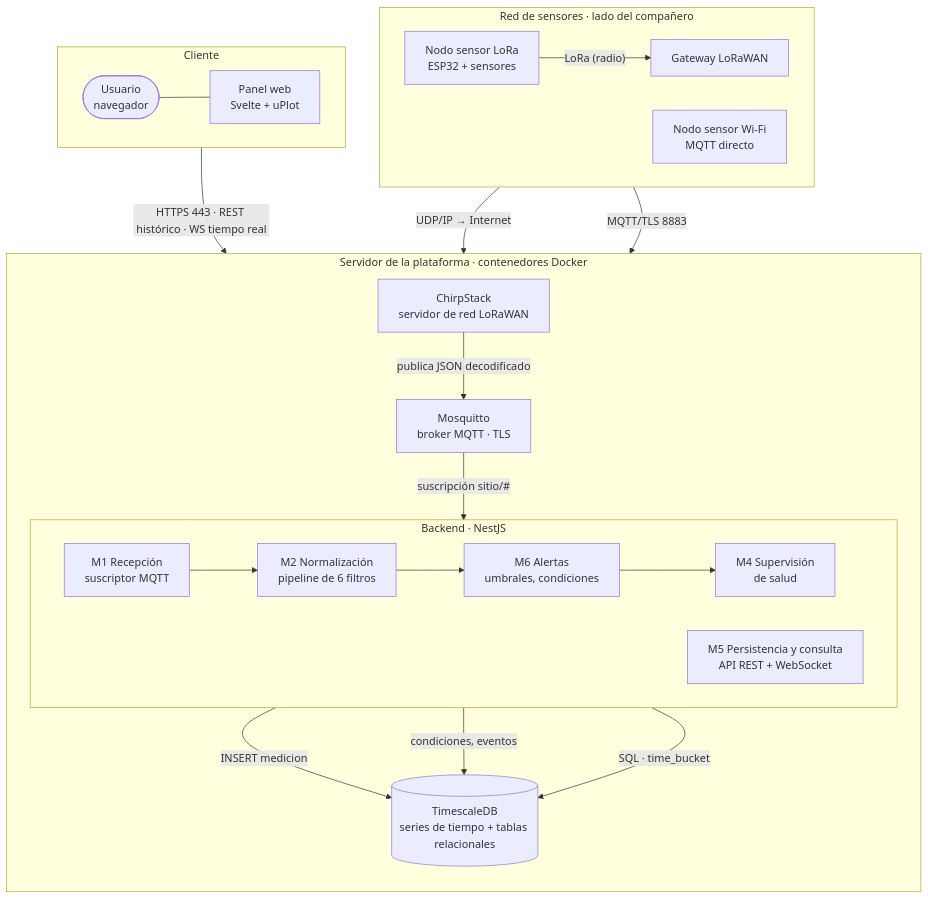
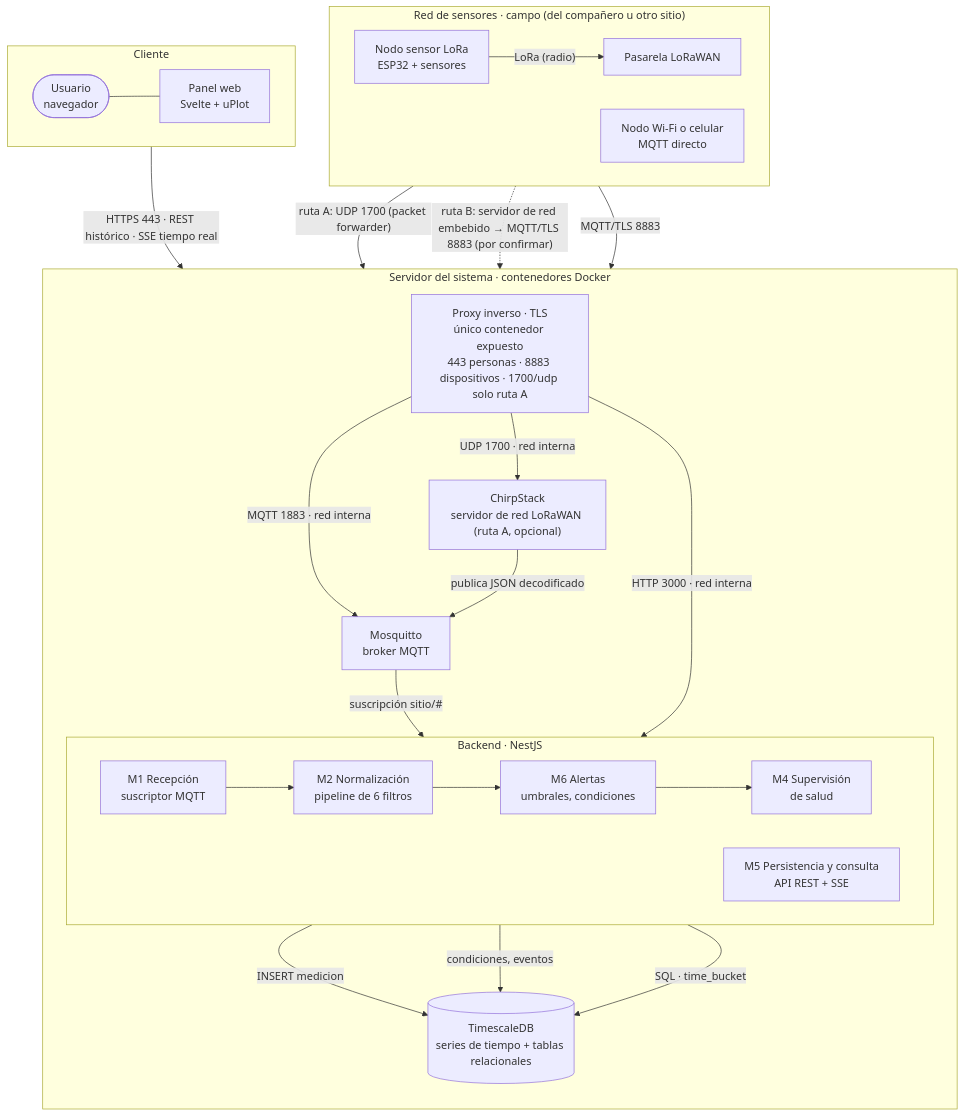
One commit to vicenterami/tesis changed the first of 6 diagrams in docs/10-arquitectura.md. Above: the diagram before and after it, drawn with Mermaid. The commit also changed other lines of this file and 8 other files, not shown here.

````diff
--- a/docs/10-arquitectura.md
+++ b/docs/10-arquitectura.md
@@ -23,35 +23,40 @@
 ```mermaid
 flowchart TB
-    subgraph RED["Red de sensores · lado del compañero"]
+    subgraph RED["Red de sensores · campo (del compañero u otro sitio)"]
         direction LR
-        N1["Nodo sensor LoRa<br/>ESP32 + sensores"] -- "LoRa (radio)" --> GW["Gateway LoRaWAN"]
-        N2["Nodo sensor Wi-Fi<br/>MQTT directo"]
+        N1["Nodo sensor LoRa<br/>ESP32 + sensores"] -- "LoRa (radio)" --> GW["Pasarela LoRaWAN"]
+        N2["Nodo Wi-Fi o celular<br/>MQTT directo"]
     end
 
-    subgraph SRV["Servidor de la plataforma · contenedores Docker"]
+    subgraph SRV["Servidor del sistema · contenedores Docker"]
         direction TB
-        CS["ChirpStack<br/>servidor de red LoRaWAN"]
-        MQ["Mosquitto<br/>broker MQTT · TLS"]
+        RP["Proxy inverso · TLS<br/>único contenedor expuesto<br/>443 personas · 8883 dispositivos · 1700/udp solo ruta A"]
+        CS["ChirpStack<br/>servidor de red LoRaWAN (ruta A, opcional)"]
+        MQ["Mosquitto<br/>broker MQTT"]
         subgraph BE["Backend · NestJS"]
             direction LR
             M1["M1 Recepción<br/>suscriptor MQTT"] --> M2["M2 Normalización<br/>pipeline de 6 filtros"]
             M2 --> M6["M6 Alertas<br/>umbrales, condiciones"] --> M4["M4 Supervisión<br/>de salud"]
-            M5["M5 Persistencia y consulta<br/>API REST + WebSocket"]
+            M5["M5 Persistencia y consulta<br/>API REST + SSE"]
         end
         DB[("TimescaleDB<br/>series de tiempo + tablas relacionales")]
     end
 
     subgraph CLI["Cliente"]
         direction LR
         U(["Usuario<br/>navegador"]) --- FE["Panel web<br/>Svelte + uPlot"]
     end
 
-    GW -- "UDP/IP → Internet" --> CS
+    GW -- "ruta A: UDP 1700 (packet forwarder)" --> RP
+    GW -. "ruta B: servidor de red embebido → MQTT/TLS 8883 (por confirmar)" .-> RP
+    N2 -- "MQTT/TLS 8883" --> RP
+    RP -- "UDP 1700 · red interna" --> CS
+    RP -- "MQTT 1883 · red interna" --> MQ
     CS -- "publica JSON decodificado" --> MQ
-    N2 -- "MQTT/TLS 8883" --> MQ
     MQ -- "suscripción sitio/#" --> M1
     M2 -- "INSERT medicion" --> DB
     M6 -- "condiciones, eventos" --> DB
     M5 -- "SQL · time_bucket" --> DB
-    FE -- "HTTPS 443 · REST histórico · WS tiempo real" --> M5
+    FE -- "HTTPS 443 · REST histórico · SSE tiempo real" --> RP
+    RP -- "HTTP 3000 · red interna" --> M5
 ```
````
